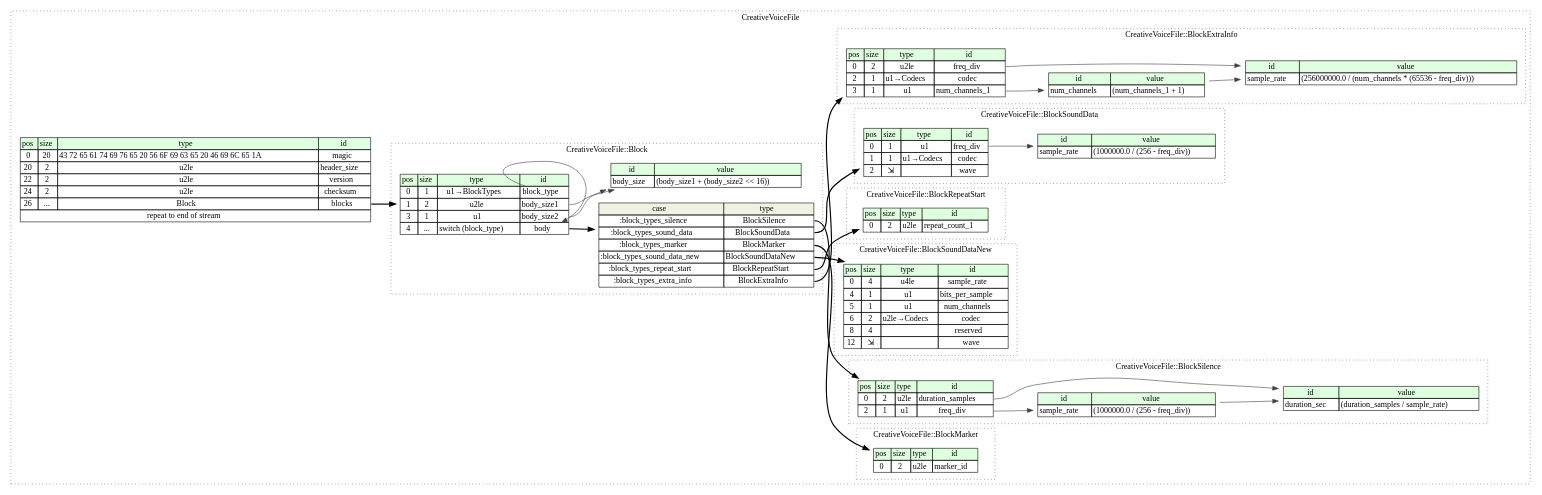
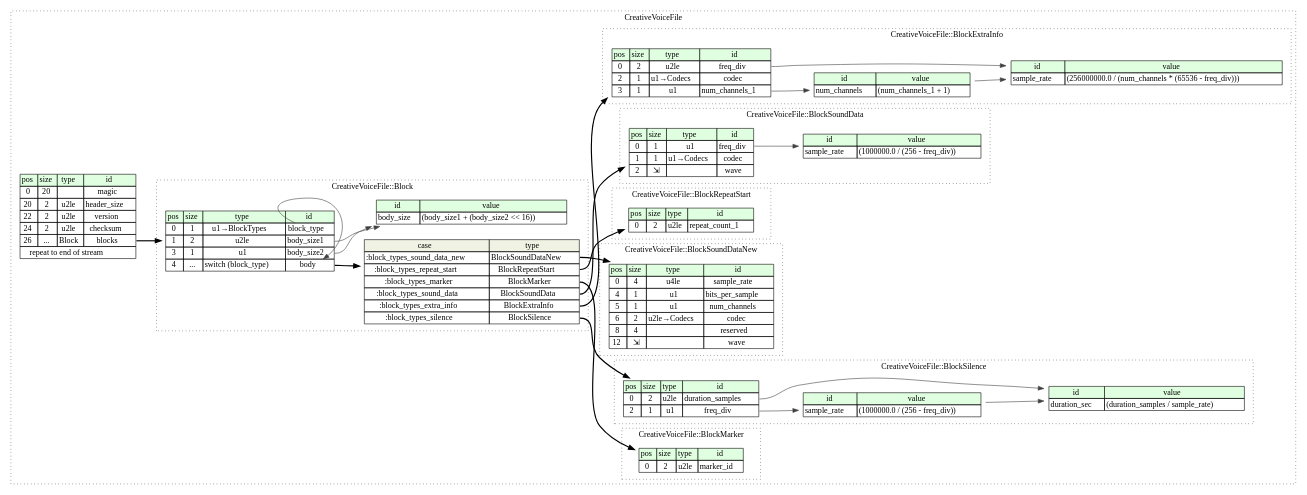
One commit to kaitai-io/formats-kaitai-io.github.io changed the diagram in creative_voice_file/src/graphviz/creative_voice_file.dot. Above: the diagram before and after it, drawn with Graphviz. The commit also changed 3155 other files, not shown here.

```diff
--- a/creative_voice_file/src/graphviz/creative_voice_file.dot
+++ b/creative_voice_file/src/graphviz/creative_voice_file.dot
@@ -1,145 +1,145 @@
 digraph {
 	rankdir=LR;
 	node [shape=plaintext];
 	subgraph cluster__creative_voice_file {
 		label="CreativeVoiceFile";
 		graph[style=dotted];
 
 		creative_voice_file__seq [label=<<TABLE BORDER="0" CELLBORDER="1" CELLSPACING="0">
 			<TR><TD BGCOLOR="#E0FFE0">pos</TD><TD BGCOLOR="#E0FFE0">size</TD><TD BGCOLOR="#E0FFE0">type</TD><TD BGCOLOR="#E0FFE0">id</TD></TR>
-			<TR><TD PORT="magic_pos">0</TD><TD PORT="magic_size">20</TD><TD>43 72 65 61 74 69 76 65 20 56 6F 69 63 65 20 46 69 6C 65 1A</TD><TD PORT="magic_type">magic</TD></TR>
+			<TR><TD PORT="magic_pos">0</TD><TD PORT="magic_size">20</TD><TD></TD><TD PORT="magic_type">magic</TD></TR>
 			<TR><TD PORT="header_size_pos">20</TD><TD PORT="header_size_size">2</TD><TD>u2le</TD><TD PORT="header_size_type">header_size</TD></TR>
 			<TR><TD PORT="version_pos">22</TD><TD PORT="version_size">2</TD><TD>u2le</TD><TD PORT="version_type">version</TD></TR>
 			<TR><TD PORT="checksum_pos">24</TD><TD PORT="checksum_size">2</TD><TD>u2le</TD><TD PORT="checksum_type">checksum</TD></TR>
 			<TR><TD PORT="blocks_pos">26</TD><TD PORT="blocks_size">...</TD><TD>Block</TD><TD PORT="blocks_type">blocks</TD></TR>
 			<TR><TD COLSPAN="4" PORT="blocks__repeat">repeat to end of stream</TD></TR>
 		</TABLE>>];
 		subgraph cluster__block_marker {
 			label="CreativeVoiceFile::BlockMarker";
 			graph[style=dotted];
 
 			block_marker__seq [label=<<TABLE BORDER="0" CELLBORDER="1" CELLSPACING="0">
 				<TR><TD BGCOLOR="#E0FFE0">pos</TD><TD BGCOLOR="#E0FFE0">size</TD><TD BGCOLOR="#E0FFE0">type</TD><TD BGCOLOR="#E0FFE0">id</TD></TR>
 				<TR><TD PORT="marker_id_pos">0</TD><TD PORT="marker_id_size">2</TD><TD>u2le</TD><TD PORT="marker_id_type">marker_id</TD></TR>
 			</TABLE>>];
 		}
 		subgraph cluster__block_silence {
 			label="CreativeVoiceFile::BlockSilence";
 			graph[style=dotted];
 
 			block_silence__seq [label=<<TABLE BORDER="0" CELLBORDER="1" CELLSPACING="0">
 				<TR><TD BGCOLOR="#E0FFE0">pos</TD><TD BGCOLOR="#E0FFE0">size</TD><TD BGCOLOR="#E0FFE0">type</TD><TD BGCOLOR="#E0FFE0">id</TD></TR>
 				<TR><TD PORT="duration_samples_pos">0</TD><TD PORT="duration_samples_size">2</TD><TD>u2le</TD><TD PORT="duration_samples_type">duration_samples</TD></TR>
 				<TR><TD PORT="freq_div_pos">2</TD><TD PORT="freq_div_size">1</TD><TD>u1</TD><TD PORT="freq_div_type">freq_div</TD></TR>
 			</TABLE>>];
 			block_silence__inst__sample_rate [label=<<TABLE BORDER="0" CELLBORDER="1" CELLSPACING="0">
 				<TR><TD BGCOLOR="#E0FFE0">id</TD><TD BGCOLOR="#E0FFE0">value</TD></TR>
 				<TR><TD>sample_rate</TD><TD>(1000000.0 / (256 - freq_div))</TD></TR>
 			</TABLE>>];
 			block_silence__inst__duration_sec [label=<<TABLE BORDER="0" CELLBORDER="1" CELLSPACING="0">
 				<TR><TD BGCOLOR="#E0FFE0">id</TD><TD BGCOLOR="#E0FFE0">value</TD></TR>
 				<TR><TD>duration_sec</TD><TD>(duration_samples / sample_rate)</TD></TR>
 			</TABLE>>];
 		}
 		subgraph cluster__block_sound_data_new {
 			label="CreativeVoiceFile::BlockSoundDataNew";
 			graph[style=dotted];
 
 			block_sound_data_new__seq [label=<<TABLE BORDER="0" CELLBORDER="1" CELLSPACING="0">
 				<TR><TD BGCOLOR="#E0FFE0">pos</TD><TD BGCOLOR="#E0FFE0">size</TD><TD BGCOLOR="#E0FFE0">type</TD><TD BGCOLOR="#E0FFE0">id</TD></TR>
 				<TR><TD PORT="sample_rate_pos">0</TD><TD PORT="sample_rate_size">4</TD><TD>u4le</TD><TD PORT="sample_rate_type">sample_rate</TD></TR>
 				<TR><TD PORT="bits_per_sample_pos">4</TD><TD PORT="bits_per_sample_size">1</TD><TD>u1</TD><TD PORT="bits_per_sample_type">bits_per_sample</TD></TR>
 				<TR><TD PORT="num_channels_pos">5</TD><TD PORT="num_channels_size">1</TD><TD>u1</TD><TD PORT="num_channels_type">num_channels</TD></TR>
 				<TR><TD PORT="codec_pos">6</TD><TD PORT="codec_size">2</TD><TD>u2le→Codecs</TD><TD PORT="codec_type">codec</TD></TR>
 				<TR><TD PORT="reserved_pos">8</TD><TD PORT="reserved_size">4</TD><TD></TD><TD PORT="reserved_type">reserved</TD></TR>
 				<TR><TD PORT="wave_pos">12</TD><TD PORT="wave_size">⇲</TD><TD></TD><TD PORT="wave_type">wave</TD></TR>
 			</TABLE>>];
 		}
 		subgraph cluster__block {
 			label="CreativeVoiceFile::Block";
 			graph[style=dotted];
 
 			block__seq [label=<<TABLE BORDER="0" CELLBORDER="1" CELLSPACING="0">
 				<TR><TD BGCOLOR="#E0FFE0">pos</TD><TD BGCOLOR="#E0FFE0">size</TD><TD BGCOLOR="#E0FFE0">type</TD><TD BGCOLOR="#E0FFE0">id</TD></TR>
 				<TR><TD PORT="block_type_pos">0</TD><TD PORT="block_type_size">1</TD><TD>u1→BlockTypes</TD><TD PORT="block_type_type">block_type</TD></TR>
 				<TR><TD PORT="body_size1_pos">1</TD><TD PORT="body_size1_size">2</TD><TD>u2le</TD><TD PORT="body_size1_type">body_size1</TD></TR>
 				<TR><TD PORT="body_size2_pos">3</TD><TD PORT="body_size2_size">1</TD><TD>u1</TD><TD PORT="body_size2_type">body_size2</TD></TR>
 				<TR><TD PORT="body_pos">4</TD><TD PORT="body_size">...</TD><TD>switch (block_type)</TD><TD PORT="body_type">body</TD></TR>
 			</TABLE>>];
 			block__inst__body_size [label=<<TABLE BORDER="0" CELLBORDER="1" CELLSPACING="0">
 				<TR><TD BGCOLOR="#E0FFE0">id</TD><TD BGCOLOR="#E0FFE0">value</TD></TR>
 				<TR><TD>body_size</TD><TD>(body_size1 + (body_size2 &lt;&lt; 16))</TD></TR>
 			</TABLE>>];
 block__seq_body_switch [label=<<TABLE BORDER="0" CELLBORDER="1" CELLSPACING="0">
 	<TR><TD BGCOLOR="#F0F2E4">case</TD><TD BGCOLOR="#F0F2E4">type</TD></TR>
-	<TR><TD>:block_types_silence</TD><TD PORT="case0">BlockSilence</TD></TR>
-	<TR><TD>:block_types_sound_data</TD><TD PORT="case1">BlockSoundData</TD></TR>
+	<TR><TD>:block_types_sound_data_new</TD><TD PORT="case0">BlockSoundDataNew</TD></TR>
+	<TR><TD>:block_types_repeat_start</TD><TD PORT="case1">BlockRepeatStart</TD></TR>
 	<TR><TD>:block_types_marker</TD><TD PORT="case2">BlockMarker</TD></TR>
-	<TR><TD>:block_types_sound_data_new</TD><TD PORT="case3">BlockSoundDataNew</TD></TR>
-	<TR><TD>:block_types_repeat_start</TD><TD PORT="case4">BlockRepeatStart</TD></TR>
-	<TR><TD>:block_types_extra_info</TD><TD PORT="case5">BlockExtraInfo</TD></TR>
+	<TR><TD>:block_types_sound_data</TD><TD PORT="case3">BlockSoundData</TD></TR>
+	<TR><TD>:block_types_extra_info</TD><TD PORT="case4">BlockExtraInfo</TD></TR>
+	<TR><TD>:block_types_silence</TD><TD PORT="case5">BlockSilence</TD></TR>
 </TABLE>>];
 		}
 		subgraph cluster__block_repeat_start {
 			label="CreativeVoiceFile::BlockRepeatStart";
 			graph[style=dotted];
 
 			block_repeat_start__seq [label=<<TABLE BORDER="0" CELLBORDER="1" CELLSPACING="0">
 				<TR><TD BGCOLOR="#E0FFE0">pos</TD><TD BGCOLOR="#E0FFE0">size</TD><TD BGCOLOR="#E0FFE0">type</TD><TD BGCOLOR="#E0FFE0">id</TD></TR>
 				<TR><TD PORT="repeat_count_1_pos">0</TD><TD PORT="repeat_count_1_size">2</TD><TD>u2le</TD><TD PORT="repeat_count_1_type">repeat_count_1</TD></TR>
 			</TABLE>>];
 		}
 		subgraph cluster__block_sound_data {
 			label="CreativeVoiceFile::BlockSoundData";
 			graph[style=dotted];
 
 			block_sound_data__seq [label=<<TABLE BORDER="0" CELLBORDER="1" CELLSPACING="0">
 				<TR><TD BGCOLOR="#E0FFE0">pos</TD><TD BGCOLOR="#E0FFE0">size</TD><TD BGCOLOR="#E0FFE0">type</TD><TD BGCOLOR="#E0FFE0">id</TD></TR>
 				<TR><TD PORT="freq_div_pos">0</TD><TD PORT="freq_div_size">1</TD><TD>u1</TD><TD PORT="freq_div_type">freq_div</TD></TR>
 				<TR><TD PORT="codec_pos">1</TD><TD PORT="codec_size">1</TD><TD>u1→Codecs</TD><TD PORT="codec_type">codec</TD></TR>
 				<TR><TD PORT="wave_pos">2</TD><TD PORT="wave_size">⇲</TD><TD></TD><TD PORT="wave_type">wave</TD></TR>
 			</TABLE>>];
 			block_sound_data__inst__sample_rate [label=<<TABLE BORDER="0" CELLBORDER="1" CELLSPACING="0">
 				<TR><TD BGCOLOR="#E0FFE0">id</TD><TD BGCOLOR="#E0FFE0">value</TD></TR>
 				<TR><TD>sample_rate</TD><TD>(1000000.0 / (256 - freq_div))</TD></TR>
 			</TABLE>>];
 		}
 		subgraph cluster__block_extra_info {
 			label="CreativeVoiceFile::BlockExtraInfo";
 			graph[style=dotted];
 
 			block_extra_info__seq [label=<<TABLE BORDER="0" CELLBORDER="1" CELLSPACING="0">
 				<TR><TD BGCOLOR="#E0FFE0">pos</TD><TD BGCOLOR="#E0FFE0">size</TD><TD BGCOLOR="#E0FFE0">type</TD><TD BGCOLOR="#E0FFE0">id</TD></TR>
 				<TR><TD PORT="freq_div_pos">0</TD><TD PORT="freq_div_size">2</TD><TD>u2le</TD><TD PORT="freq_div_type">freq_div</TD></TR>
 				<TR><TD PORT="codec_pos">2</TD><TD PORT="codec_size">1</TD><TD>u1→Codecs</TD><TD PORT="codec_type">codec</TD></TR>
 				<TR><TD PORT="num_channels_1_pos">3</TD><TD PORT="num_channels_1_size">1</TD><TD>u1</TD><TD PORT="num_channels_1_type">num_channels_1</TD></TR>
 			</TABLE>>];
 			block_extra_info__inst__num_channels [label=<<TABLE BORDER="0" CELLBORDER="1" CELLSPACING="0">
 				<TR><TD BGCOLOR="#E0FFE0">id</TD><TD BGCOLOR="#E0FFE0">value</TD></TR>
 				<TR><TD>num_channels</TD><TD>(num_channels_1 + 1)</TD></TR>
 			</TABLE>>];
 			block_extra_info__inst__sample_rate [label=<<TABLE BORDER="0" CELLBORDER="1" CELLSPACING="0">
 				<TR><TD BGCOLOR="#E0FFE0">id</TD><TD BGCOLOR="#E0FFE0">value</TD></TR>
 				<TR><TD>sample_rate</TD><TD>(256000000.0 / (num_channels * (65536 - freq_div)))</TD></TR>
 			</TABLE>>];
 		}
 	}
 	creative_voice_file__seq:blocks_type -> block__seq [style=bold];
 	block_silence__seq:freq_div_type -> block_silence__inst__sample_rate [color="#404040"];
 	block_silence__seq:duration_samples_type -> block_silence__inst__duration_sec [color="#404040"];
 	block_silence__inst__sample_rate:sample_rate_type -> block_silence__inst__duration_sec [color="#404040"];
 	block__seq:body_type -> block__seq_body_switch [style=bold];
-	block__seq_body_switch:case0 -> block_silence__seq [style=bold];
-	block__seq_body_switch:case1 -> block_sound_data__seq [style=bold];
+	block__seq_body_switch:case0 -> block_sound_data_new__seq [style=bold];
+	block__seq_body_switch:case1 -> block_repeat_start__seq [style=bold];
 	block__seq_body_switch:case2 -> block_marker__seq [style=bold];
-	block__seq_body_switch:case3 -> block_sound_data_new__seq [style=bold];
-	block__seq_body_switch:case4 -> block_repeat_start__seq [style=bold];
-	block__seq_body_switch:case5 -> block_extra_info__seq [style=bold];
+	block__seq_body_switch:case3 -> block_sound_data__seq [style=bold];
+	block__seq_body_switch:case4 -> block_extra_info__seq [style=bold];
+	block__seq_body_switch:case5 -> block_silence__seq [style=bold];
 	block__seq:block_type_type -> block__seq:body_type [color="#404040"];
 	block__seq:body_size1_type -> block__inst__body_size [color="#404040"];
 	block__seq:body_size2_type -> block__inst__body_size [color="#404040"];
 	block_sound_data__seq:freq_div_type -> block_sound_data__inst__sample_rate [color="#404040"];
 	block_extra_info__seq:num_channels_1_type -> block_extra_info__inst__num_channels [color="#404040"];
 	block_extra_info__inst__num_channels:num_channels_type -> block_extra_info__inst__sample_rate [color="#404040"];
 	block_extra_info__seq:freq_div_type -> block_extra_info__inst__sample_rate [color="#404040"];
 }
```
